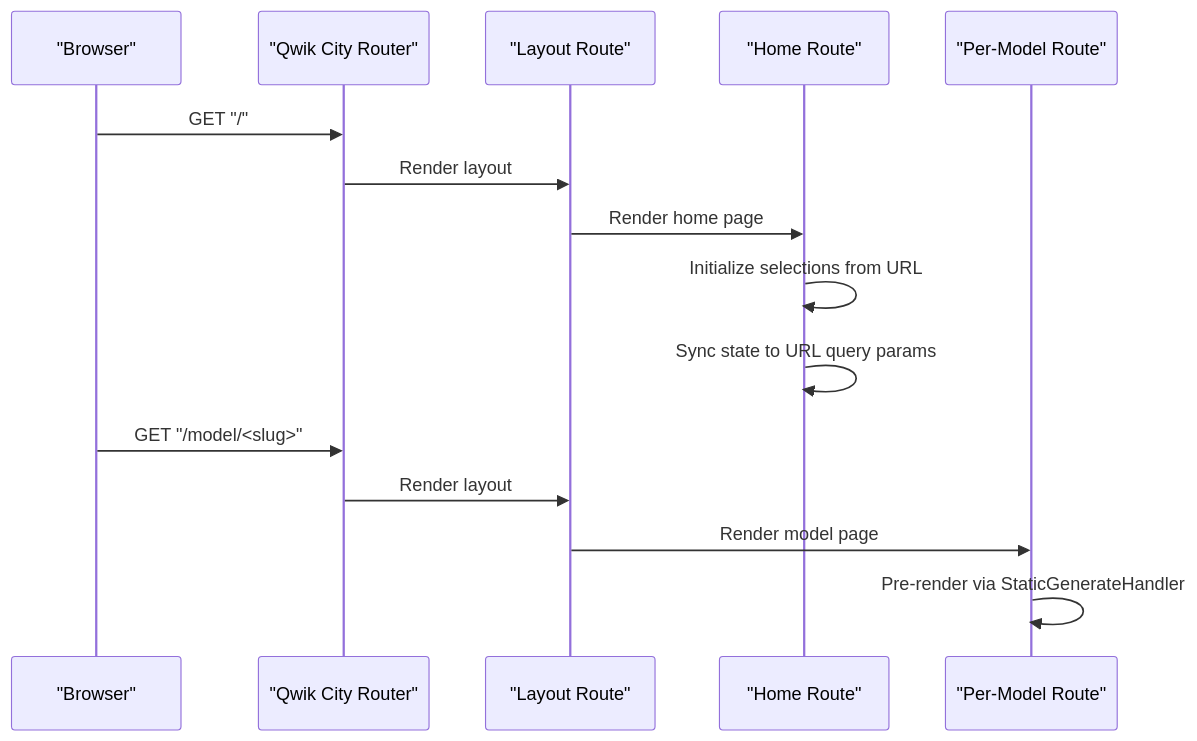
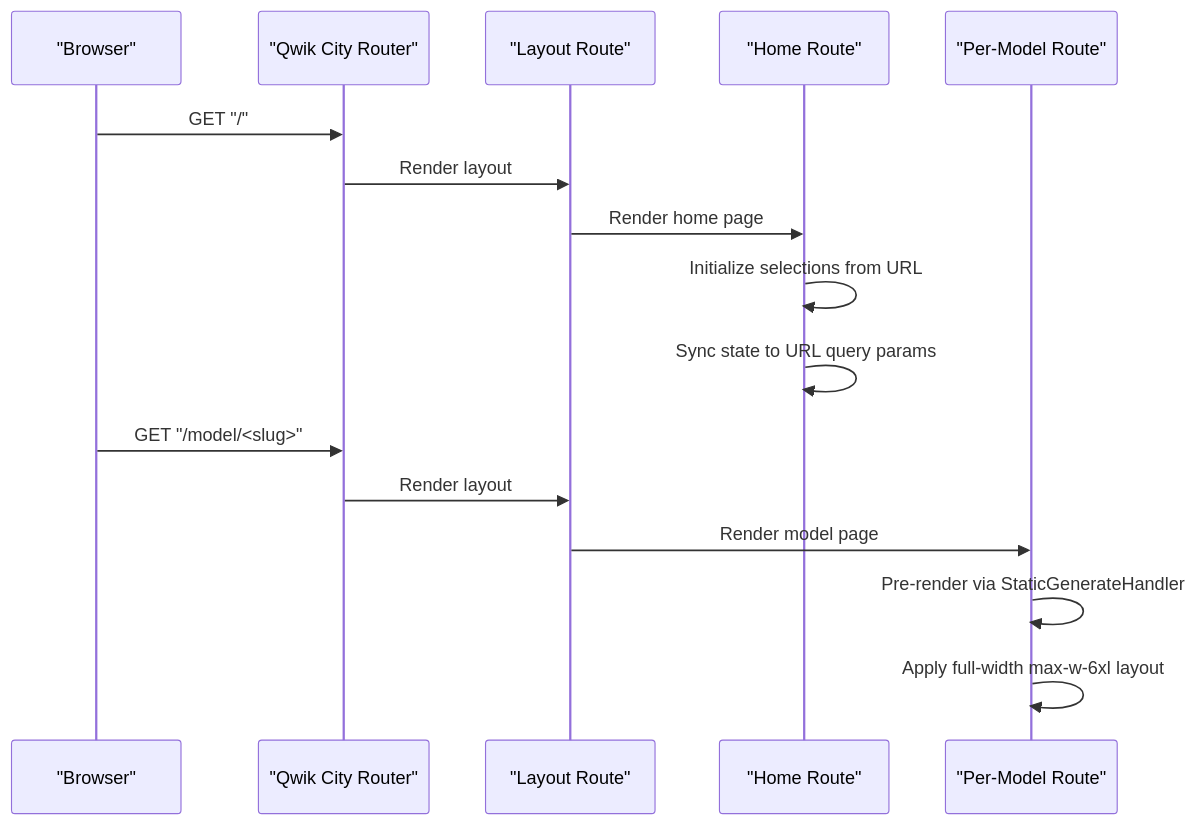
The eighth of 9 diagrams in .qoder/repowiki/en/content/Architecture Overview/Core Concepts & Architecture Patterns.md (delirium-dj/modelcomp), drawn with Mermaid before and after one commit. The commit also changed other lines of this file and 22 other files, not shown here.

````diff
--- a/.qoder/repowiki/en/content/Architecture Overview/Core Concepts & Architecture Patterns.md
+++ b/.qoder/repowiki/en/content/Architecture Overview/Core Concepts & Architecture Patterns.md
@@ -290,17 +337,18 @@
 ```mermaid
 sequenceDiagram
 participant Browser as "Browser"
 participant Router as "Qwik City Router"
 participant Layout as "Layout Route"
 participant Home as "Home Route"
 participant Model as "Per-Model Route"
 Browser->>Router : GET "/"
 Router->>Layout : Render layout
 Layout->>Home : Render home page
 Home->>Home : Initialize selections from URL
 Home->>Home : Sync state to URL query params
 Browser->>Router : GET "/model/<slug>"
 Router->>Layout : Render layout
 Layout->>Model : Render model page
 Model->>Model : Pre-render via StaticGenerateHandler
+Model->>Model : Apply full-width max-w-6xl layout
 ```
````
